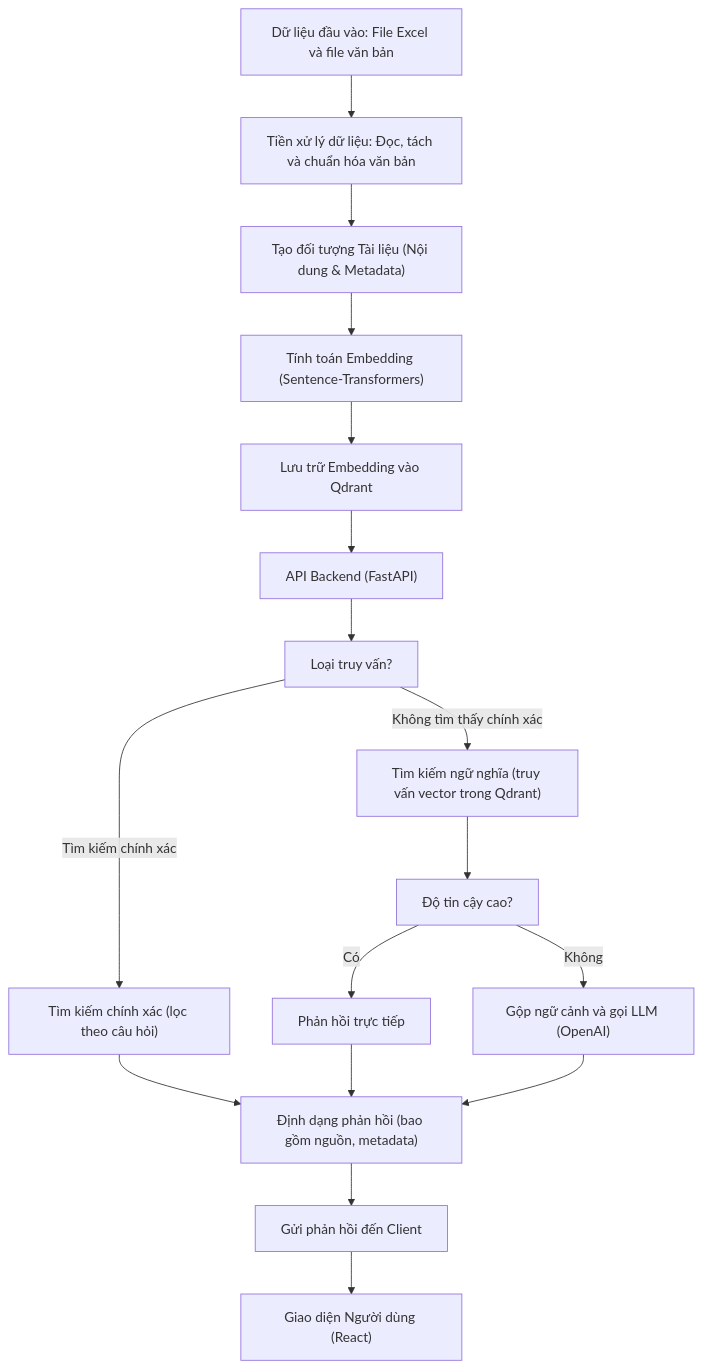
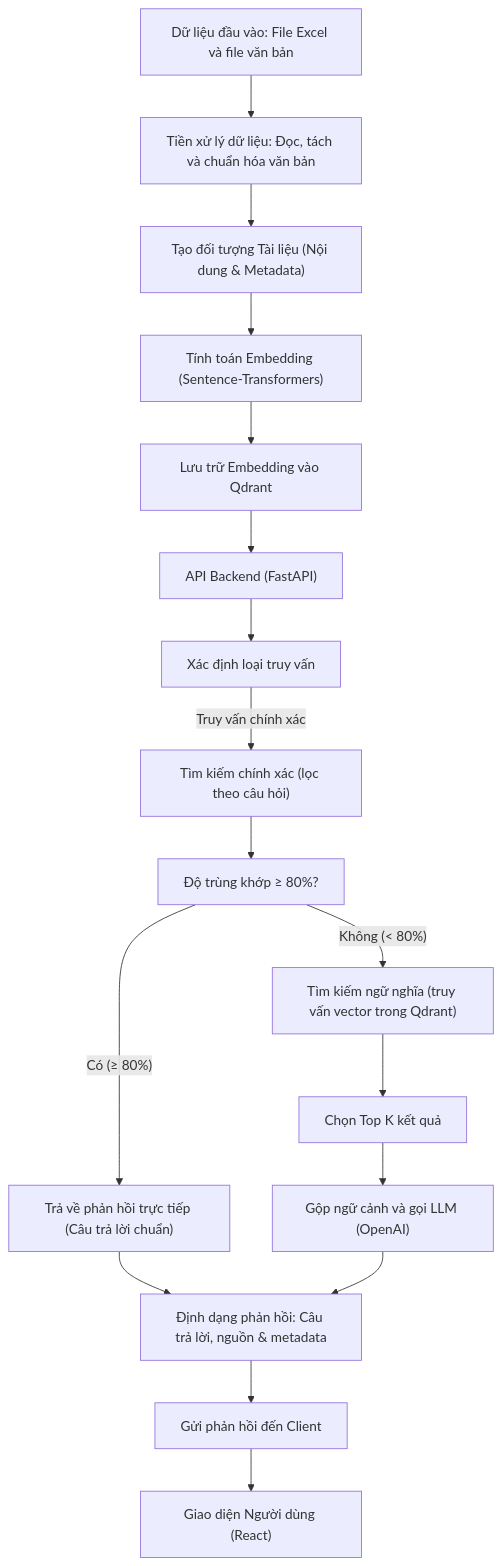
The diagram in README.md (DoanNgocCuong/MiniProj_RAG3.2_RAG6_LegalChatbot_16032025), drawn with Mermaid before and after one commit. The commit also changed 1 other file, not shown here.

Commit message:
update Flowchart MERMAID cho chuẩn hơn

````diff
--- a/README.md
+++ b/README.md
@@ -35,35 +35,37 @@
 ```mermaid
 flowchart TD
     A["Dữ liệu đầu vào: File Excel và file văn bản"]
     B["Tiền xử lý dữ liệu: Đọc, tách và chuẩn hóa văn bản"]
     C["Tạo đối tượng Tài liệu (Nội dung & Metadata)"]
     D["Tính toán Embedding (Sentence-Transformers)"]
     E["Lưu trữ Embedding vào Qdrant"]
     F["API Backend (FastAPI)"]
-    G["Loại truy vấn?"]
+    G["Xác định loại truy vấn"]
     H["Tìm kiếm chính xác (lọc theo câu hỏi)"]
-    I["Tìm kiếm ngữ nghĩa (truy vấn vector trong Qdrant)"]
-    J["Độ tin cậy cao?"]
-    K["Phản hồi trực tiếp"]
-    L["Gộp ngữ cảnh và gọi LLM (OpenAI)"]
-    M["Định dạng phản hồi (bao gồm nguồn, metadata)"]
-    N["Gửi phản hồi đến Client"]
-    O["Giao diện Người dùng (React)"]
+    I["Độ trùng khớp ≥ 80%?"]
+    J["Trả về phản hồi trực tiếp (Câu trả lời chuẩn)"]
+    K["Tìm kiếm ngữ nghĩa (truy vấn vector trong Qdrant)"]
+    L["Chọn Top K kết quả"]
+    M["Gộp ngữ cảnh và gọi LLM (OpenAI)"]
+    N["Định dạng phản hồi: Câu trả lời, nguồn & metadata"]
+    O["Gửi phản hồi đến Client"]
+    P["Giao diện Người dùng (React)"]
 
     A --> B
     B --> C
     C --> D
     D --> E
     E --> F
     F --> G
-    G -- "Tìm kiếm chính xác" --> H
-    G -- "Không tìm thấy chính xác" --> I
-    H --> M
-    I --> J
-    J -- "Có" --> K
-    J -- "Không" --> L
-    K --> M
+    G -- "Truy vấn chính xác" --> H
+    H --> I
+    I -- "Có (≥ 80%)" --> J
+    I -- "Không (< 80%)" --> K
+    K --> L
     L --> M
+    J --> N
     M --> N
     N --> O
+    O --> P
+
 ```
````
